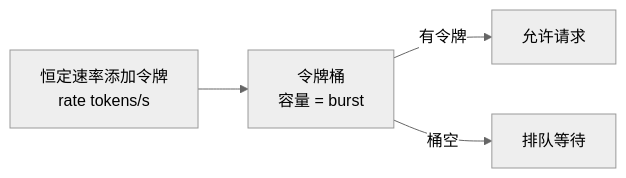
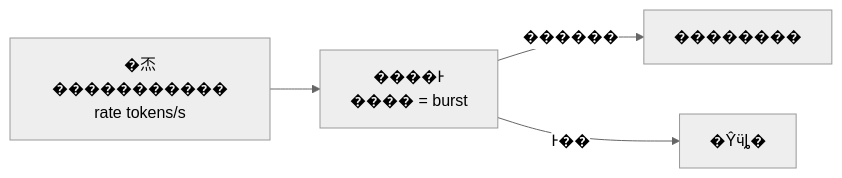
The second of 6 diagrams in content/post/ai-interview/429速率限制怎么解决.zh-CN.md (TimeHunter618/hugo-maid-dev), drawn with Mermaid (neutral theme) before and after one commit. The commit also changed other lines of this file and 70 other files, not shown here.

````diff
--- a/content/post/ai-interview/429速率限制怎么解决.zh-CN.md
+++ b/content/post/ai-interview/429速率限制怎么解决.zh-CN.md
@@ -103,6 +103,6 @@
 ```mermaid
 graph LR
-    R["恒定速率添加令牌<br/>rate tokens/s"] --> B["令牌桶<br/>容量 = burst"]
-    B -->|有令牌| A[允许请求]
-    B -->|桶空| D[排队等待]
+    R["�㶨�����������<br/>rate tokens/s"] --> B["����Ͱ<br/>���� = burst"]
+    B -->|������| A[��������]
+    B -->|Ͱ��| D[�Ŷӵȴ�]
 ```
````
